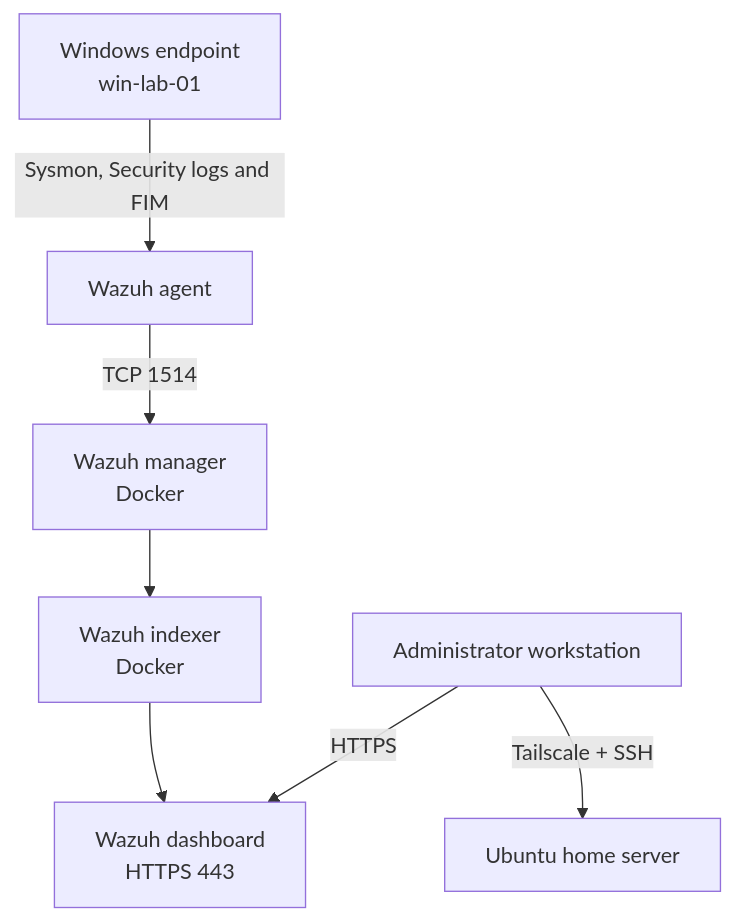
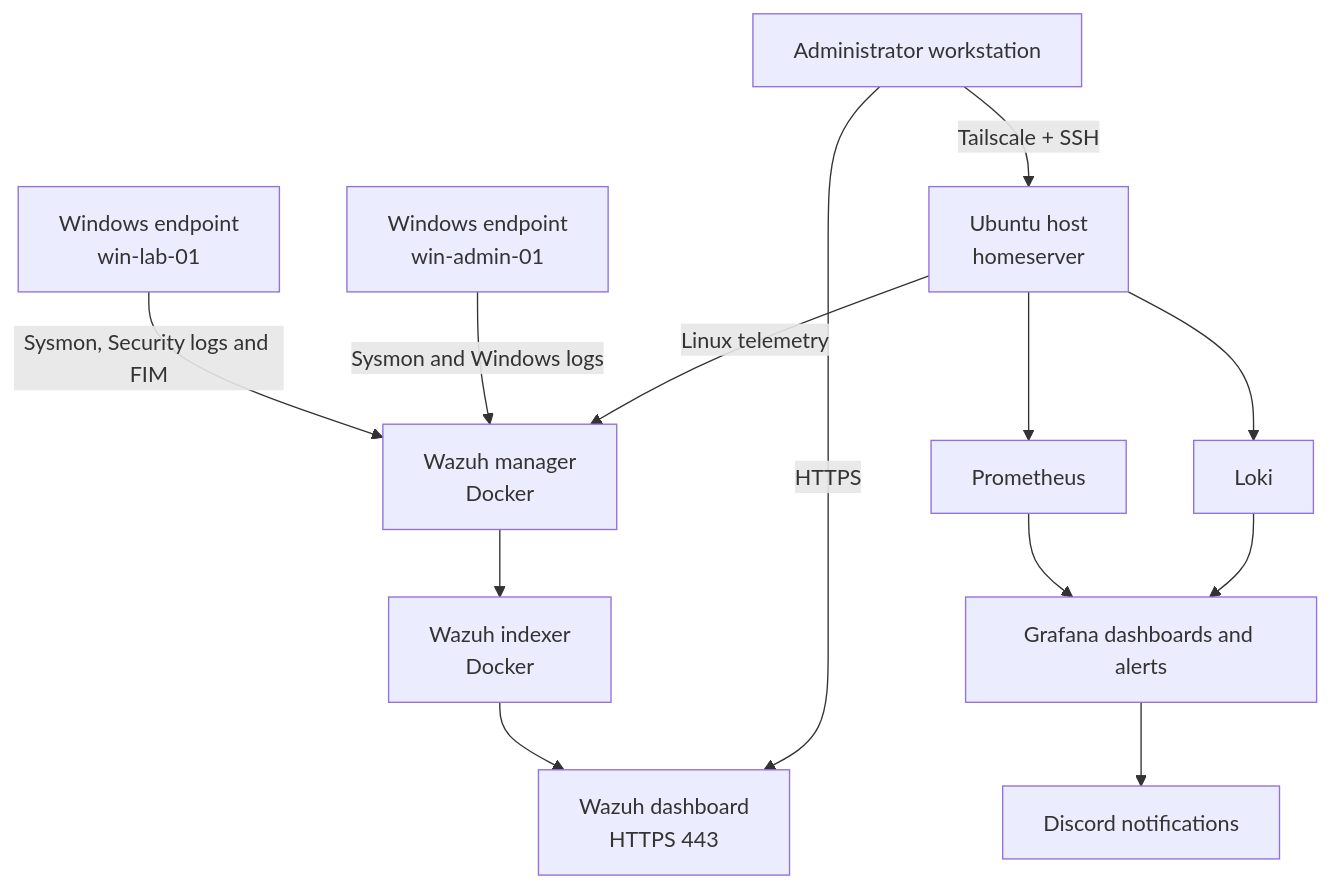
One commit to JakePowellLangstaff/home-siem-lab changed the diagram in README.md. Above: the diagram before and after it, drawn with Mermaid. The commit also changed other lines of this file and 4 other files, not shown here.

````diff
--- a/README.md
+++ b/README.md
@@ -46,9 +56,15 @@
 ```mermaid
 flowchart TD
-    E["Windows endpoint\nwin-lab-01"] -->|"Sysmon, Security logs and FIM"| A["Wazuh agent"]
-    A -->|"TCP 1514"| M["Wazuh manager\nDocker"]
+    E1["Windows endpoint\nwin-lab-01"] -->|"Sysmon, Security logs and FIM"| M["Wazuh manager\nDocker"]
+    E2["Windows endpoint\nwin-admin-01"] -->|"Sysmon and Windows logs"| M
+    S["Ubuntu host\nhomeserver"] -->|"Linux telemetry"| M
     M --> I["Wazuh indexer\nDocker"]
     I --> D["Wazuh dashboard\nHTTPS 443"]
-    R["Administrator workstation"] -->|"Tailscale + SSH"| S["Ubuntu home server"]
+    S --> P["Prometheus"]
+    S --> L["Loki"]
+    P --> G["Grafana dashboards and alerts"]
+    L --> G
+    G --> X["Discord notifications"]
+    R["Administrator workstation"] -->|"Tailscale + SSH"| S
     R -->|"HTTPS"| D
 ```
````
